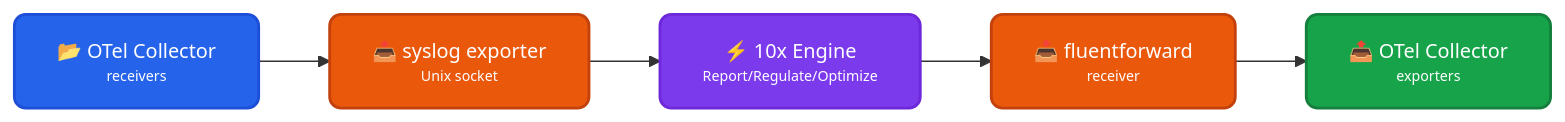
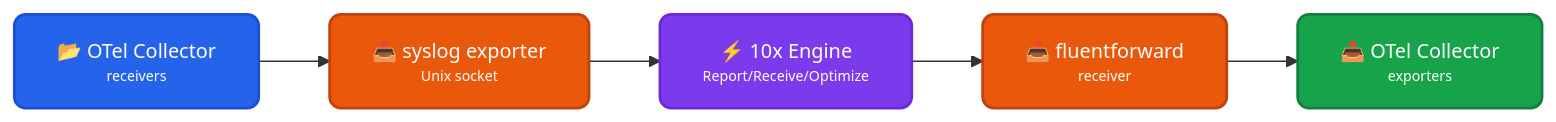
The diagram in pipelines/run/modules/input/forwarder/otel-collector/doc.md (log-10x/modules), drawn with Mermaid before and after one commit. The commit also changed other lines of this file and 181 other files, not shown here.

````diff
--- a/pipelines/run/modules/input/forwarder/otel-collector/doc.md
+++ b/pipelines/run/modules/input/forwarder/otel-collector/doc.md
@@ -11,18 +11,18 @@
 ```mermaid
 graph LR
     A["<div style='font-size: 14px;'>📂 OTel Collector</div><div style='font-size: 10px;'>receivers</div>"] --> B["<div style='font-size: 14px;'>📤 syslog exporter</div><div style='font-size: 10px;'>Unix socket</div>"]
-    B --> C["<div style='font-size: 14px;'>⚡ 10x Engine</div><div style='font-size: 10px;'>Report/Regulate/Optimize</div>"]
+    B --> C["<div style='font-size: 14px;'>⚡ 10x Engine</div><div style='font-size: 10px;'>Report/Receive/Optimize</div>"]
     C --> D["<div style='font-size: 14px;'>📥 fluentforward</div><div style='font-size: 10px;'>receiver</div>"]
     D --> E["<div style='font-size: 14px;'>📤 OTel Collector</div><div style='font-size: 10px;'>exporters</div>"]
 
     classDef input fill:#2563eb,stroke:#1d4ed8,color:#ffffff,stroke-width:2px,rx:8,ry:8
     classDef exporter fill:#ea580c,stroke:#c2410c,color:#ffffff,stroke-width:2px,rx:8,ry:8
     classDef engine fill:#7c3aed,stroke:#6d28d9,color:#ffffff,stroke-width:2px,rx:8,ry:8
     classDef output fill:#16a34a,stroke:#15803d,color:#ffffff,stroke-width:2px,rx:8,ry:8
 
     class A input
     class B exporter
     class C engine
     class D exporter
     class E output
 ```
````
